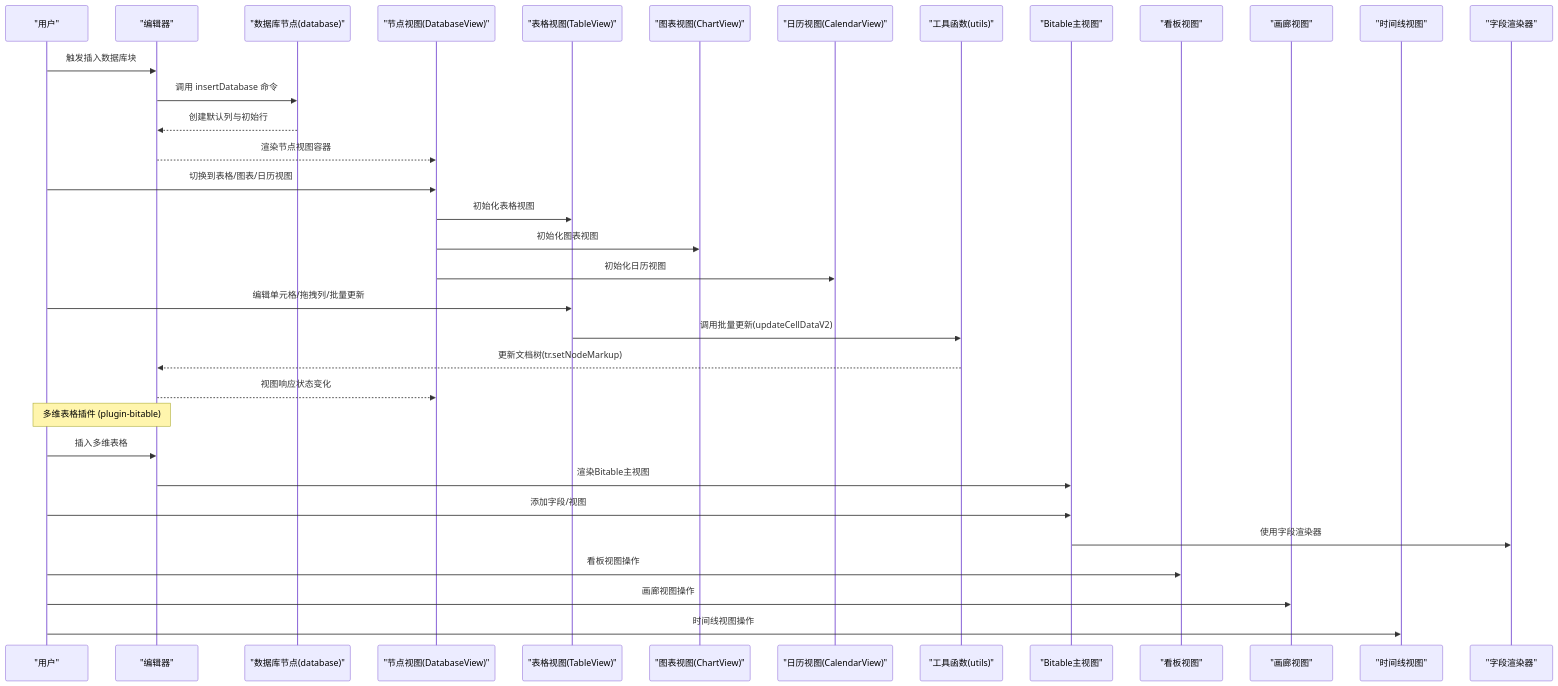
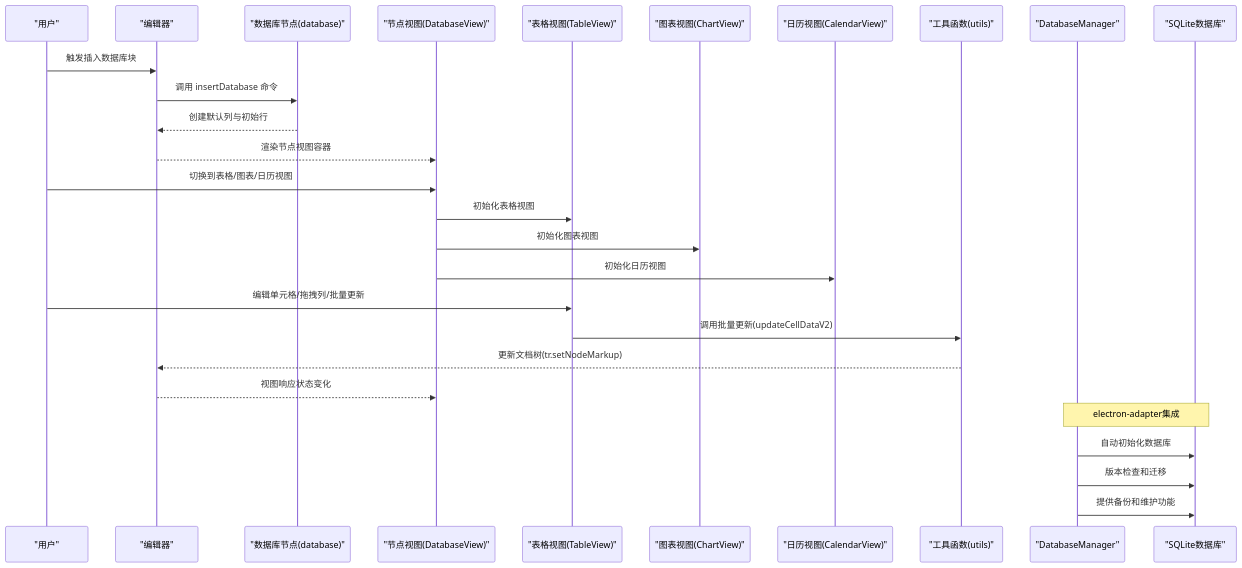
Before and after one commit to LRF0422/Kotion: the second of 8 diagrams in .qoder/repowiki/zh/content/功能模块/数据库插件/数据库插件.md, drawn with Mermaid. The commit also changed other lines of this file and 75 other files, not shown here.

````diff
--- a/.qoder/repowiki/zh/content/功能模块/数据库插件/数据库插件.md
+++ b/.qoder/repowiki/zh/content/功能模块/数据库插件/数据库插件.md
@@ -157,36 +179,29 @@
 ```mermaid
 sequenceDiagram
 participant U as "用户"
 participant E as "编辑器"
 participant DBN as "数据库节点(database)"
 participant DV as "节点视图(DatabaseView)"
 participant TV as "表格视图(TableView)"
 participant CV as "图表视图(ChartView)"
 participant CalV as "日历视图(CalendarView)"
 participant UT as "工具函数(utils)"
+participant DM as "DatabaseManager"
+participant DB as "SQLite数据库"
 U->>E : 触发插入数据库块
 E->>DBN : 调用 insertDatabase 命令
 DBN-->>E : 创建默认列与初始行
 E-->>DV : 渲染节点视图容器
 U->>DV : 切换到表格/图表/日历视图
 DV->>TV : 初始化表格视图
 DV->>CV : 初始化图表视图
 DV->>CalV : 初始化日历视图
 U->>TV : 编辑单元格/拖拽列/批量更新
 TV->>UT : 调用批量更新(updateCellDataV2)
 UT-->>E : 更新文档树(tr.setNodeMarkup)
 E-->>DV : 视图响应状态变化
-Note over U,E : 多维表格插件 (plugin-bitable)
-participant BV as "Bitable主视图"
-participant KV as "看板视图"
-participant GV as "画廊视图"
-participant TLV as "时间线视图"
-participant FR as "字段渲染器"
-U->>E : 插入多维表格
-E->>BV : 渲染Bitable主视图
-U->>BV : 添加字段/视图
-BV->>FR : 使用字段渲染器
-U->>KV : 看板视图操作
-U->>GV : 画廊视图操作
-U->>TLV : 时间线视图操作
+Note over DM,DB : electron-adapter集成
+DM->>DB : 自动初始化数据库
+DM->>DB : 版本检查和迁移
+DM->>DB : 提供备份和维护功能
 ```
````
